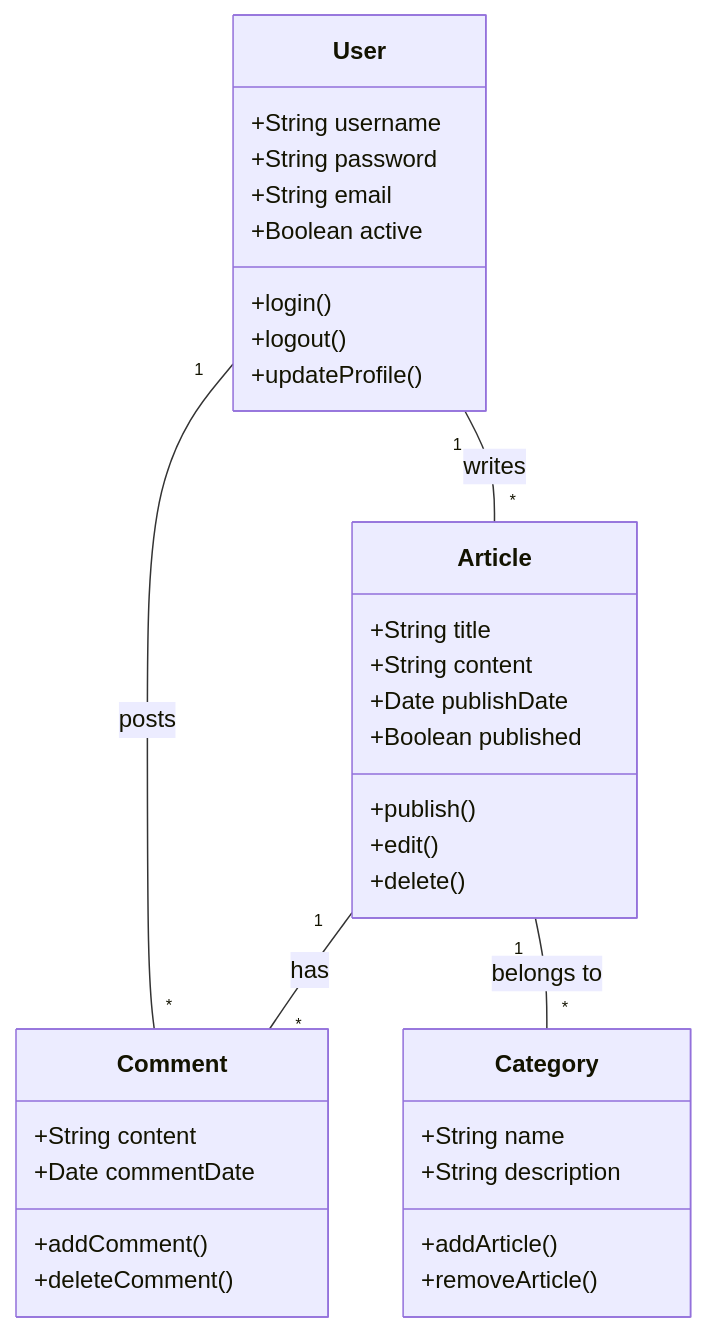
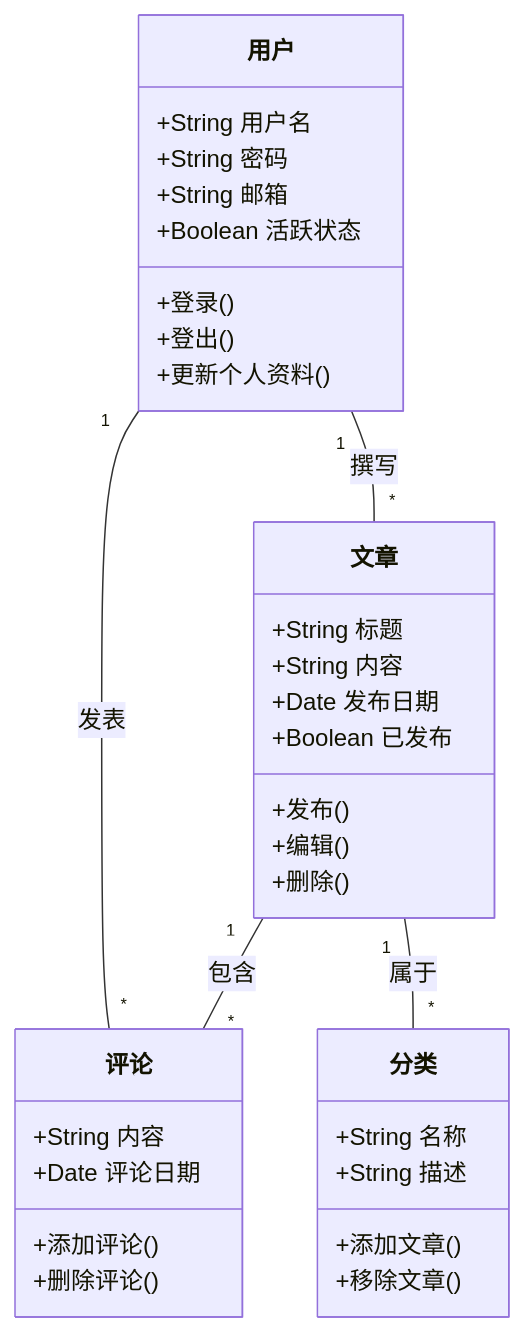
One commit to DR-RIO/My-Web-Repository changed the fourth of 6 diagrams in src/content/posts/Markdown图表.md. Above: the diagram before and after it, drawn with Mermaid. The commit also changed other lines of this file and 1 other file, not shown here.

````diff
--- a/src/content/posts/Markdown图表.md
+++ b/src/content/posts/Markdown图表.md
@@ -105,41 +104,41 @@
 ```mermaid
 classDiagram
-    class User {
-        +String username
-        +String password
-        +String email
-        +Boolean active
-        +login()
-        +logout()
-        +updateProfile()
+    class 用户 {
+        +String 用户名
+        +String 密码
+        +String 邮箱
+        +Boolean 活跃状态
+        +登录()
+        +登出()
+        +更新个人资料()
     }
-    
-    class Article {
-        +String title
-        +String content
-        +Date publishDate
-        +Boolean published
-        +publish()
-        +edit()
-        +delete()
+
+    class 文章 {
+        +String 标题
+        +String 内容
+        +Date 发布日期
+        +Boolean 已发布
+        +发布()
+        +编辑()
+        +删除()
     }
-    
-    class Comment {
-        +String content
-        +Date commentDate
-        +addComment()
-        +deleteComment()
+
+    class 评论 {
+        +String 内容
+        +Date 评论日期
+        +添加评论()
+        +删除评论()
     }
-    
-    class Category {
-        +String name
-        +String description
-        +addArticle()
-        +removeArticle()
+
+    class 分类 {
+        +String 名称
+        +String 描述
+        +添加文章()
+        +移除文章()
     }
-    
-    User "1" -- "*" Article : writes
-    User "1" -- "*" Comment : posts
-    Article "1" -- "*" Comment : has
-    Article "1" -- "*" Category : belongs to
+
+    用户 "1" -- "*" 文章 : 撰写
+    用户 "1" -- "*" 评论 : 发表
+    文章 "1" -- "*" 评论 : 包含
+    文章 "1" -- "*" 分类 : 属于
 ```
````
